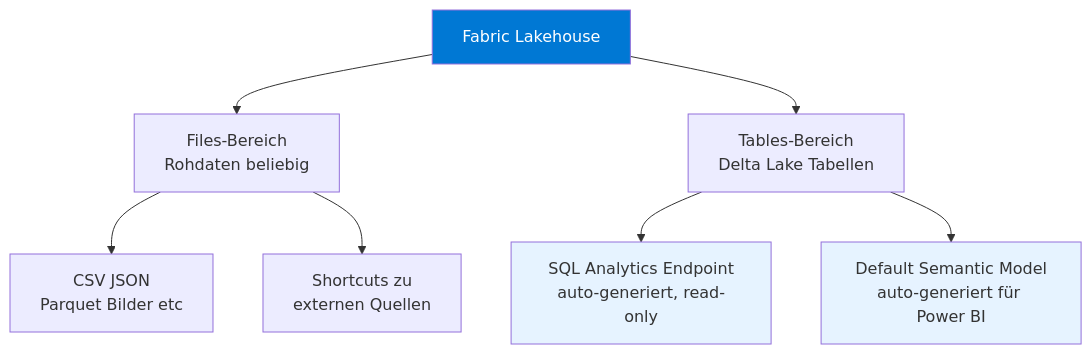
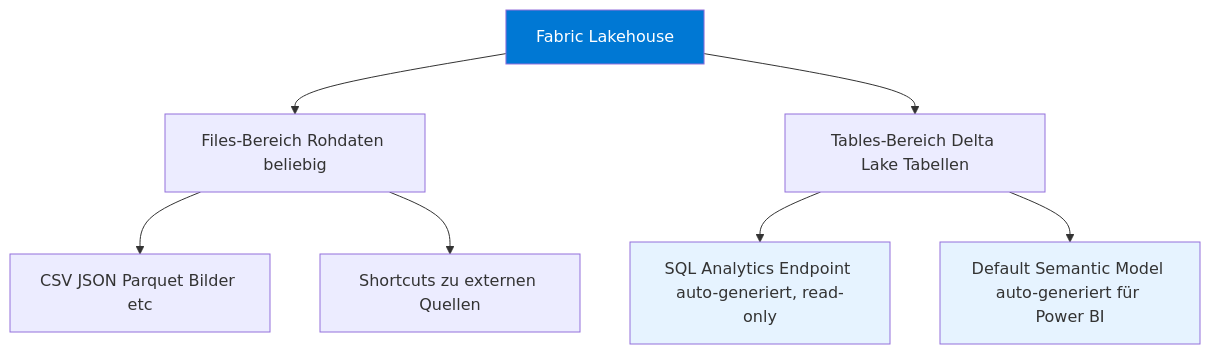
The first of 3 diagrams in Microsoft 365/Azure/Fabric/Fabric Lakehouse.md (SoniiiT/notes-n-docs), drawn with Mermaid before and after one commit. The commit also changed other lines of this file and 124 other files, not shown here.

First line of the commit message:
fix: Entferne \n aus allen Mermaid-Diagrammen (125 Dateien)

````diff
--- a/Microsoft 365/Azure/Fabric/Fabric Lakehouse.md
+++ b/Microsoft 365/Azure/Fabric/Fabric Lakehouse.md
@@ -31,15 +31,15 @@
 ```mermaid
 graph TD
     LH[Fabric Lakehouse]
-    LH --> FI[Files-Bereich\nRohdaten beliebig]
-    LH --> TA[Tables-Bereich\nDelta Lake Tabellen]
-    TA --> SAE[SQL Analytics Endpoint\nauto-generiert, read-only]
-    TA --> DS[Default Semantic Model\nauto-generiert für Power BI]
+    LH --> FI[Files-Bereich Rohdaten beliebig]
+    LH --> TA[Tables-Bereich Delta Lake Tabellen]
+    TA --> SAE[SQL Analytics Endpoint auto-generiert, read-only]
+    TA --> DS[Default Semantic Model auto-generiert für Power BI]
     
-    FI --> CSV[CSV JSON\nParquet Bilder etc]
-    FI --> SC[Shortcuts zu\nexternen Quellen]
+    FI --> CSV[CSV JSON Parquet Bilder etc]
+    FI --> SC[Shortcuts zu externen Quellen]
     
     style LH fill:#0078d4,color:#fff
     style SAE fill:#e6f3ff
     style DS fill:#e6f3ff
 ```
````
